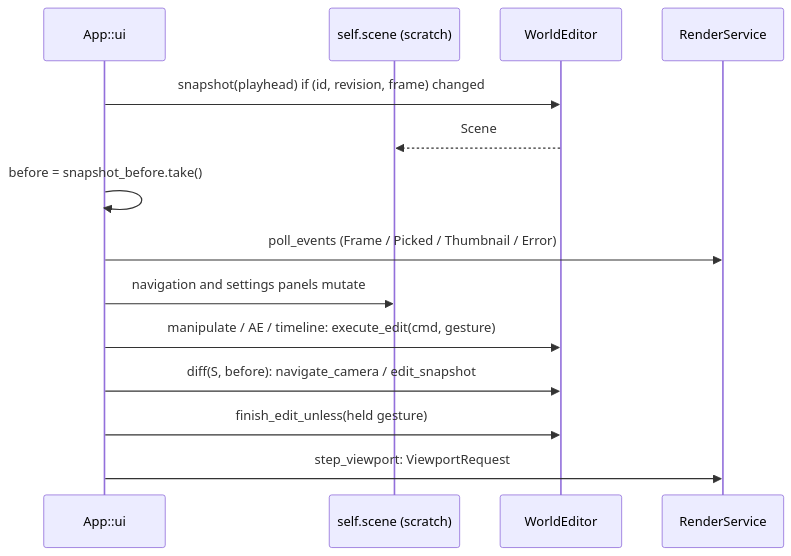
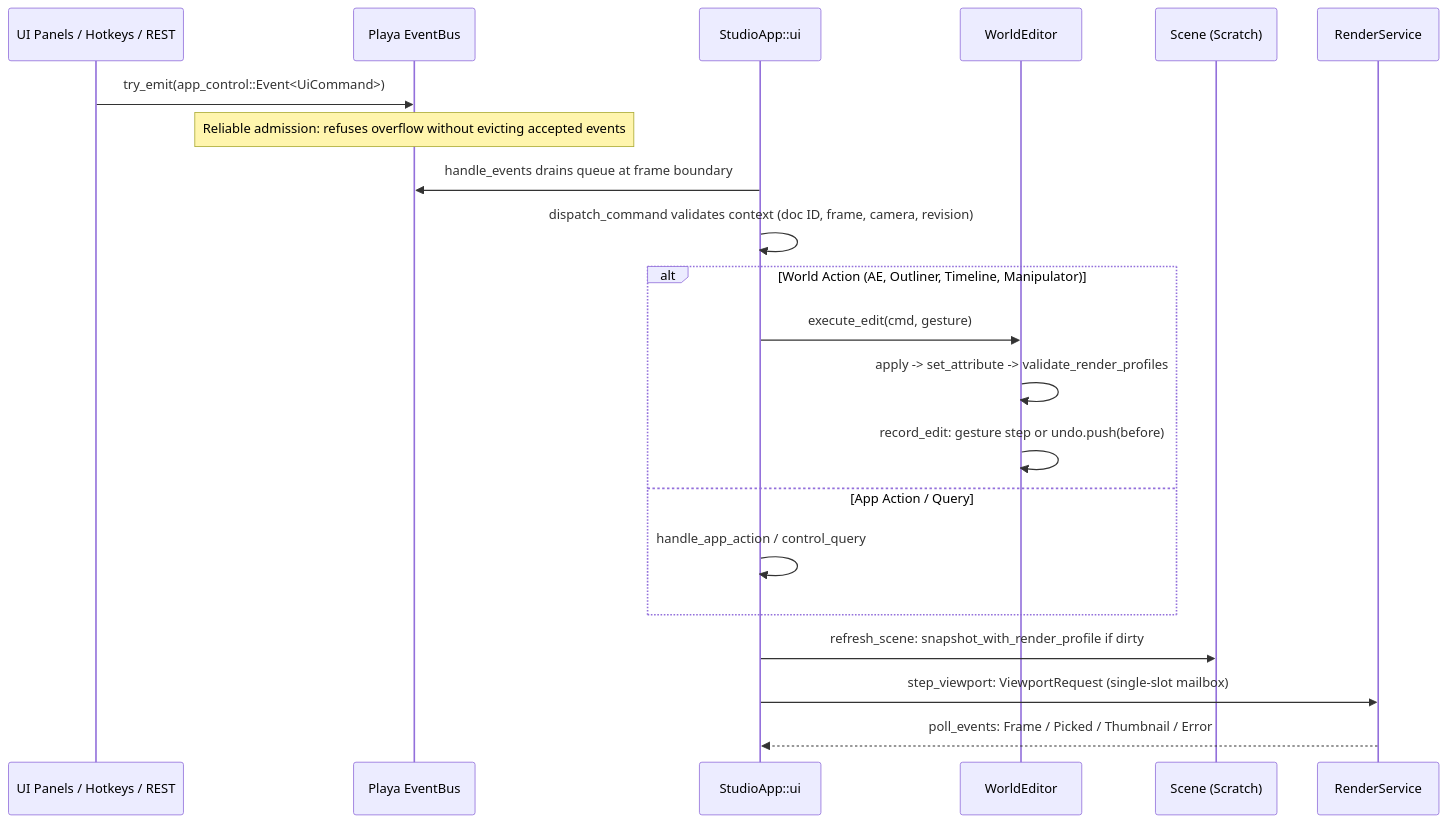
The second of 6 diagrams in DIAGRAMS.md (ssoj13/warpbro-rs), drawn with Mermaid before and after one commit. The commit also changed other lines of this file and 9 other files, not shown here.

Commit message:
docs: update PLAN.md, CHANGELOG.md, AGENTS.md, DIAGRAMS.md, README.md, and mdBook

````diff
--- a/DIAGRAMS.md
+++ b/DIAGRAMS.md
@@ -28,16 +45,24 @@
 ```mermaid
 sequenceDiagram
-  participant UI as App::ui
-  participant S as self.scene (scratch)
+  participant UI as UI Panels / Hotkeys / REST
+  participant Bus as Playa EventBus
+  participant App as StudioApp::ui
   participant W as WorldEditor
+  participant S as Scene (Scratch)
   participant R as RenderService
-  UI->>W: snapshot(playhead) if (id, revision, frame) changed
-  W-->>S: Scene
-  UI->>UI: before = snapshot_before.take()
-  UI->>R: poll_events (Frame / Picked / Thumbnail / Error)
-  UI->>S: navigation and settings panels mutate
-  UI->>W: manipulate / AE / timeline: execute_edit(cmd, gesture)
-  UI->>W: diff(S, before): navigate_camera / edit_snapshot
-  UI->>W: finish_edit_unless(held gesture)
-  UI->>R: step_viewport: ViewportRequest
+
+  UI->>Bus: try_emit(app_control::Event<UiCommand>)
+  Note over Bus: Reliable admission: refuses overflow without evicting accepted events
+  App->>Bus: handle_events drains queue at frame boundary
+  App->>App: dispatch_command validates context (doc ID, frame, camera, revision)
+  alt World Action (AE, Outliner, Timeline, Manipulator)
+    App->>W: execute_edit(cmd, gesture)
+    W->>W: apply -> set_attribute -> validate_render_profiles
+    W->>W: record_edit: gesture step or undo.push(before)
+  else App Action / Query
+    App->>App: handle_app_action / control_query
+  end
+  App->>S: refresh_scene: snapshot_with_render_profile if dirty
+  App->>R: step_viewport: ViewportRequest (single-slot mailbox)
+  R-->>App: poll_events: Frame / Picked / Thumbnail / Error
 ```
````
